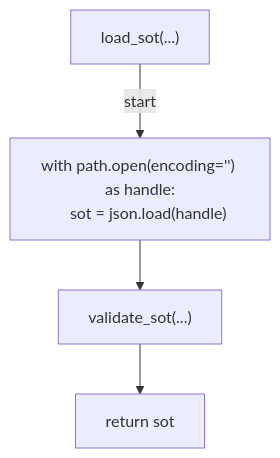
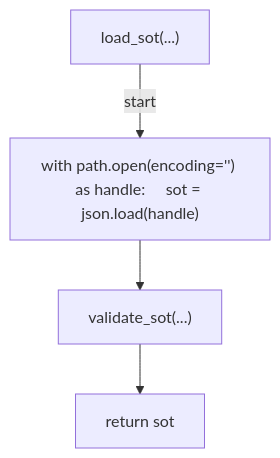
Before and after one commit to tvna/claude-md: the sixth of 16 diagrams in docs/generated/scripts/ast/labels_apply.md, drawn with Mermaid. The commit also changed other lines of this file and 30 other files, not shown here.

First line of the commit message:
docs(generated): regenerate decision tree and workflow diagrams (batch 2/5)

````diff
--- a/docs/generated/scripts/ast/labels_apply.md
+++ b/docs/generated/scripts/ast/labels_apply.md
@@ -117,11 +104,10 @@
 ```mermaid
 flowchart TD
     N001["load_sot(...)"]
-    N002["with path.open(encoding='<str>') as handle:
-    sot = json.load(handle)"]
+    N002["with path.open(encoding='<str>') as handle:     sot = json.load(handle)"]
     N003["validate_sot(...)"]
     N004["return sot"]
     N001 -->|"start"| N002
     N002 --> N003
     N003 --> N004
 ```
````
